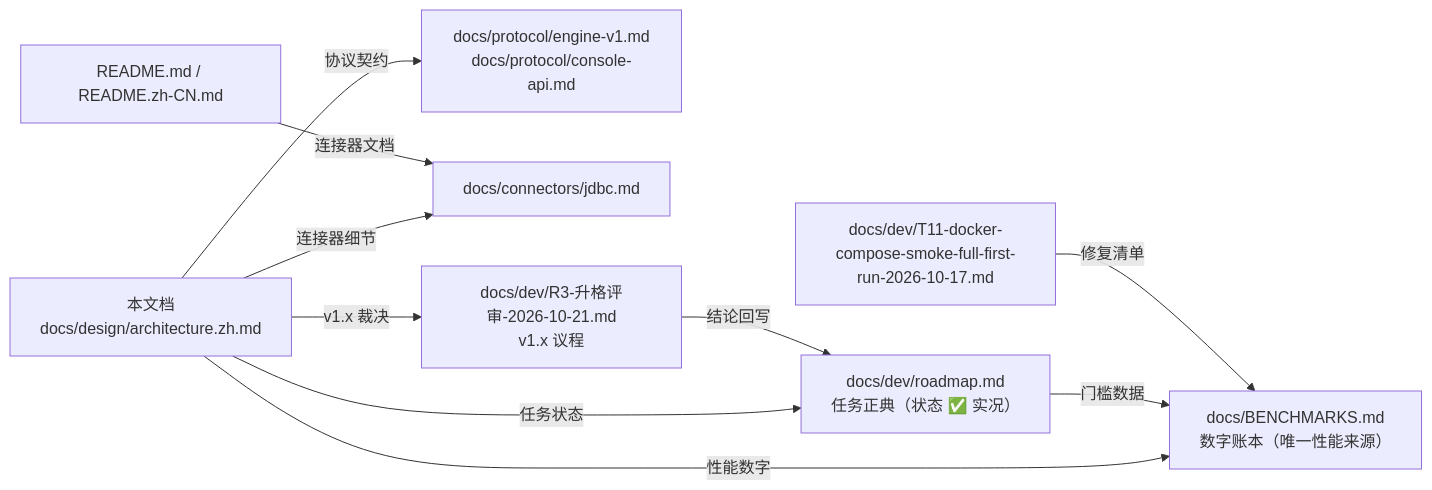
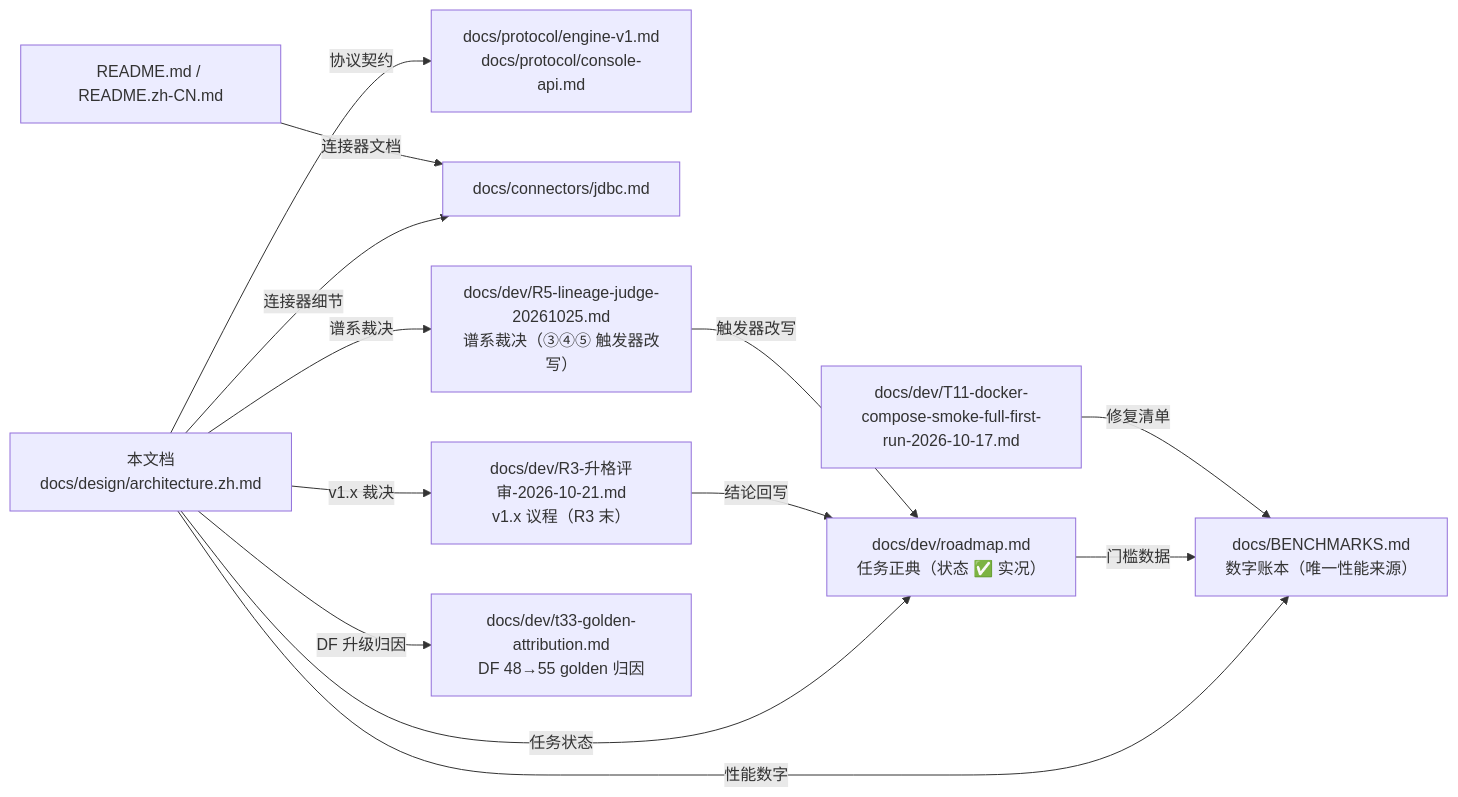
The ninth of 9 diagrams in docs/design/architecture.zh.md (SeekerGalahad/tailrace), drawn with Mermaid before and after one commit. The commit also changed other lines of this file and 4 other files, not shown here.

Commit message:
docs: architecture v1.1.0 baseline + project assessment and outlook

````diff
--- a/docs/design/architecture.zh.md
+++ b/docs/design/architecture.zh.md
@@ -520,20 +609,25 @@
 ```mermaid
 flowchart LR
   ARCH["本文档<br/>docs/design/architecture.zh.md"]
   ROAD["docs/dev/roadmap.md<br/>任务正典（状态 ✅ 实况）"]
   BENCH["docs/BENCHMARKS.md<br/>数字账本（唯一性能来源）"]
   PROTO["docs/protocol/engine-v1.md<br/>docs/protocol/console-api.md"]
   CONN["docs/connectors/jdbc.md"]
-  T18M["docs/dev/R3-升格评审-2026-10-21.md<br/>v1.x 议程"]
+  T18M["docs/dev/R3-升格评审-2026-10-21.md<br/>v1.x 议程（R3 末）"]
+  T36M["docs/dev/R5-lineage-judge-20261025.md<br/>谱系裁决（③④⑤ 触发器改写）"]
+  T33A["docs/dev/t33-golden-attribution.md<br/>DF 48→55 golden 归因"]
   T11M["docs/dev/T11-docker-compose-smoke-full-first-run-2026-10-17.md"]
   README["README.md / README.zh-CN.md"]
   ARCH -->|"任务状态"| ROAD
   ARCH -->|"性能数字"| BENCH
   ARCH -->|"协议契约"| PROTO
   ARCH -->|"连接器细节"| CONN
   ARCH -->|"v1.x 裁决"| T18M
+  ARCH -->|"谱系裁决"| T36M
+  ARCH -->|"DF 升级归因"| T33A
   ROAD -->|"门槛数据"| BENCH
   T18M -->|"结论回写"| ROAD
+  T36M -->|"触发器改写"| ROAD
   T11M -->|"修复清单"| BENCH
   README -->|"连接器文档"| CONN
 ```
````
